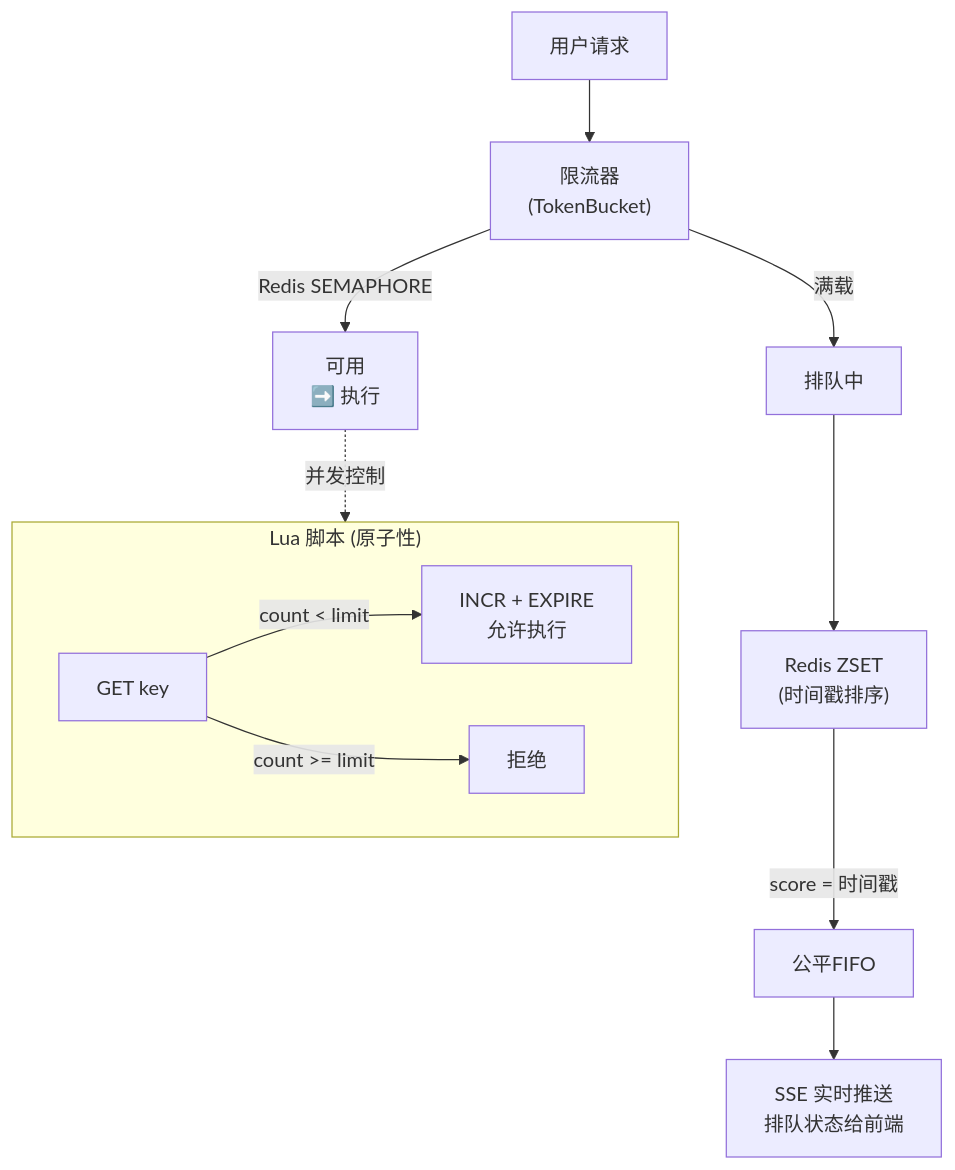
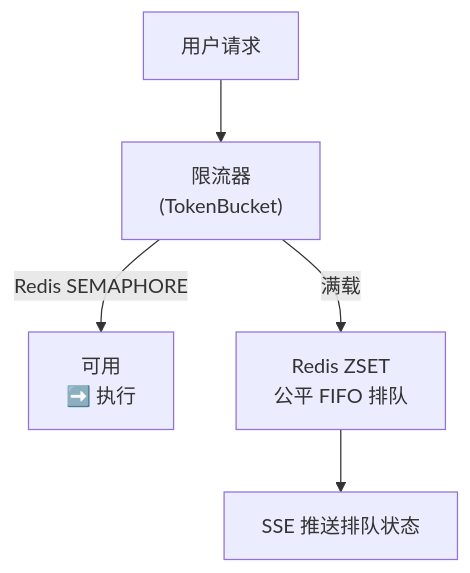
Before and after one commit to carlisle-withs/RAGGG: the eighth of 10 diagrams in README.md, drawn with Mermaid. The commit also changed other lines of this file, not shown here.

````diff
--- a/README.md
+++ b/README.md
@@ -762,20 +717,7 @@
 ```mermaid
 flowchart TB
     Request["用户请求"] --> Limiter["限流器<br/>(TokenBucket)"]
-    
     Limiter -->|Redis SEMAPHORE| Available["可用<br/>➡️ 执行"]
-    Limiter -->|满载| Queue["排队中"]
-    
-    Queue --> RedisZSET["Redis ZSET<br/>(时间戳排序)"]
-    RedisZSET -->|score = 时间戳| FIFO["公平FIFO"]
-    
-    FIFO --> SSE["SSE 实时推送<br/>排队状态给前端"]
-    
-    subgraph Lua["Lua 脚本 (原子性)"]
-        Check["GET key"]
-        Check -->|count < limit| Incr["INCR + EXPIRE<br/>允许执行"]
-        Check -->|count >= limit| Reject["拒绝"]
-    end
-    
-    Available -.->|并发控制| Lua
+    Limiter -->|满载| Queue["Redis ZSET<br/>公平 FIFO 排队"]
+    Queue --> SSE["SSE 推送排队状态"]
 ```
````
